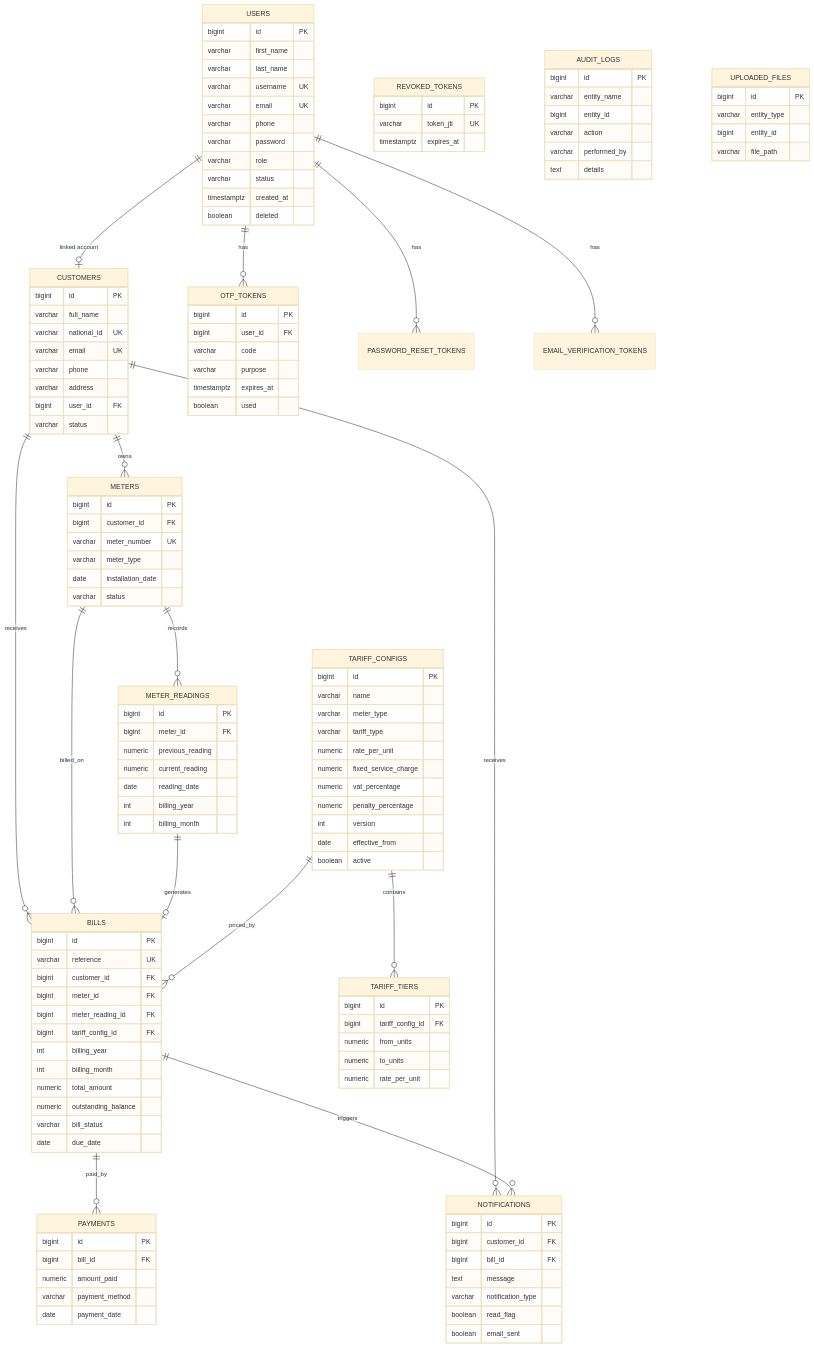
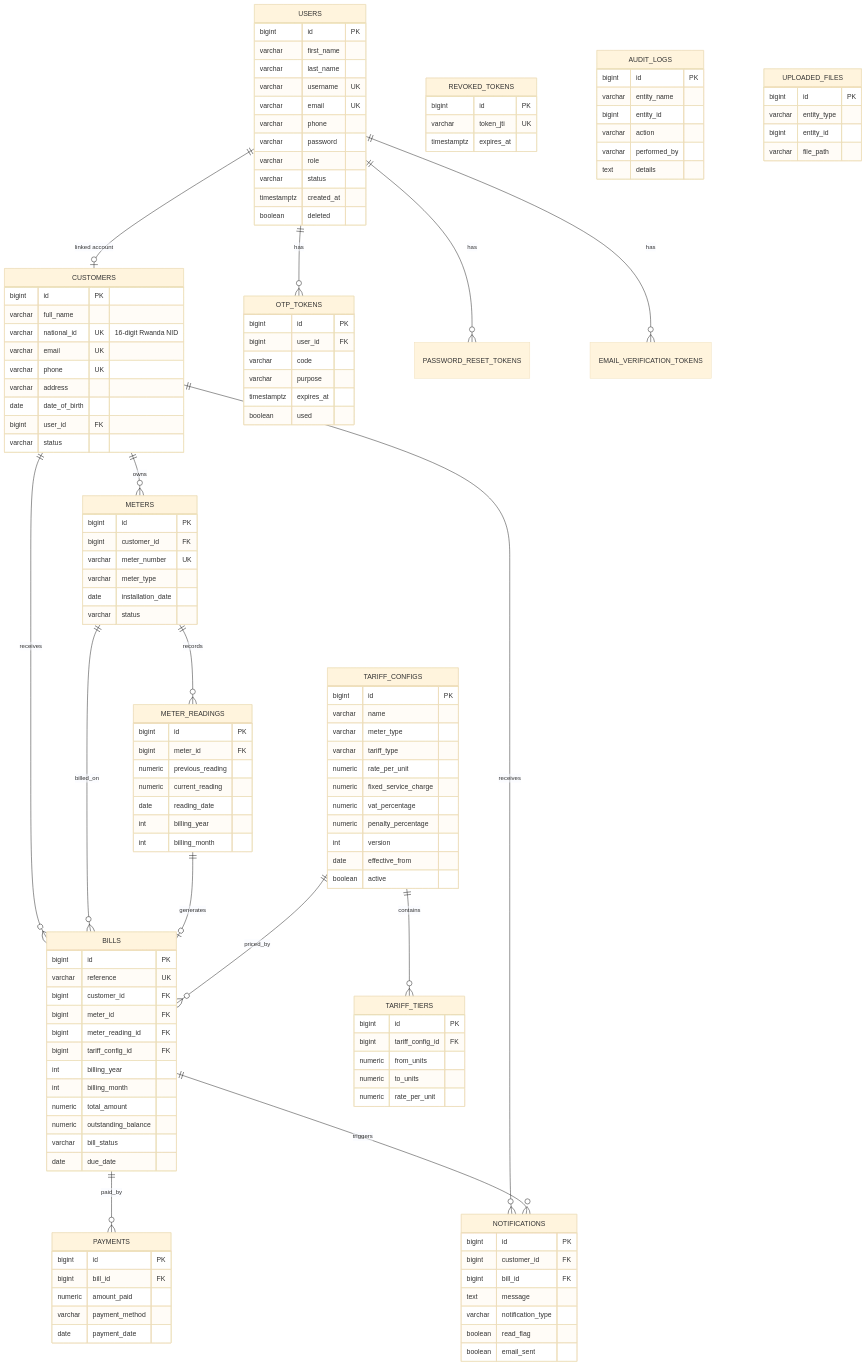
One commit to u-sylvie/wasac_ne changed the diagram in docs/ERD.md. Above: the diagram before and after it, drawn with Mermaid (base theme). The commit also changed other lines of this file and 10 other files, not shown here.

First line of the commit message:
Add Rwanda National ID validation, lookup API, ERD schema files, and V13 migration.

```diff
--- a/docs/ERD.md
+++ b/docs/ERD.md
@@ -41,10 +69,11 @@
     CUSTOMERS {
         bigint id PK
         varchar full_name
-        varchar national_id UK
+        varchar national_id UK "16-digit Rwanda NID"
         varchar email UK
-        varchar phone
+        varchar phone UK
         varchar address
+        date date_of_birth
         bigint user_id FK
         varchar status
     }
```
